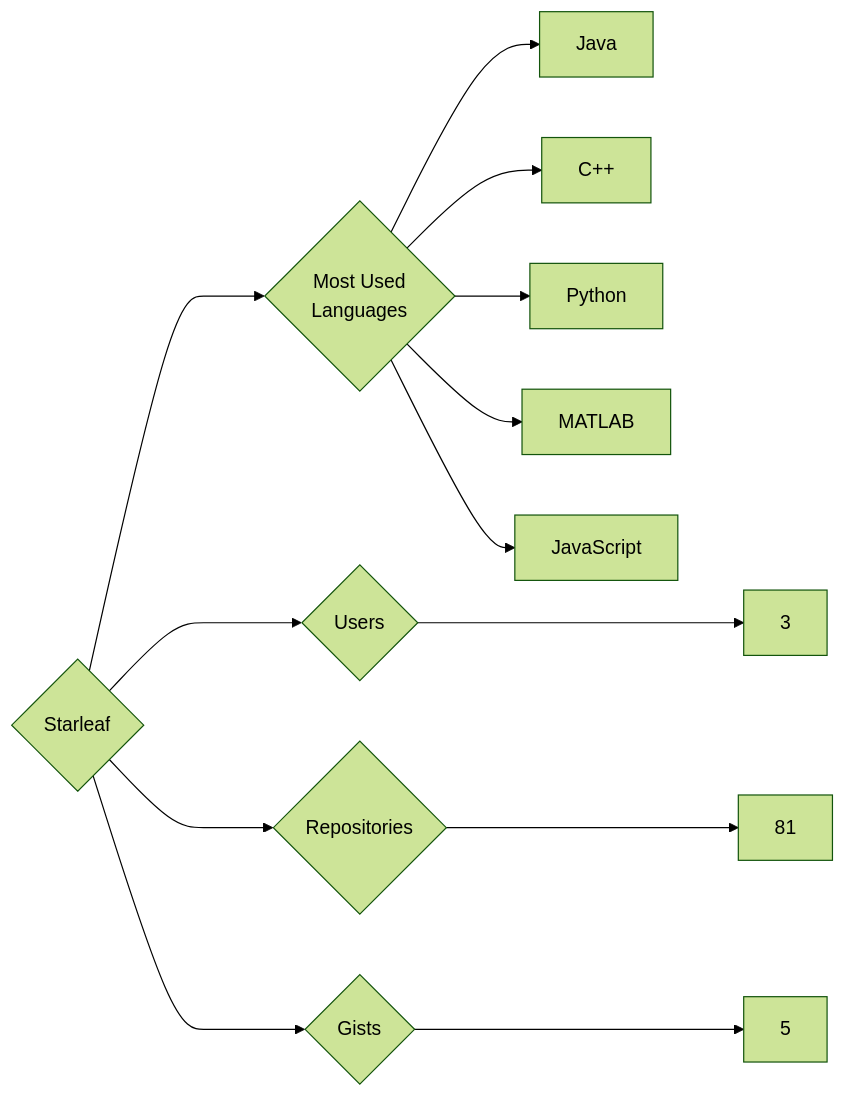
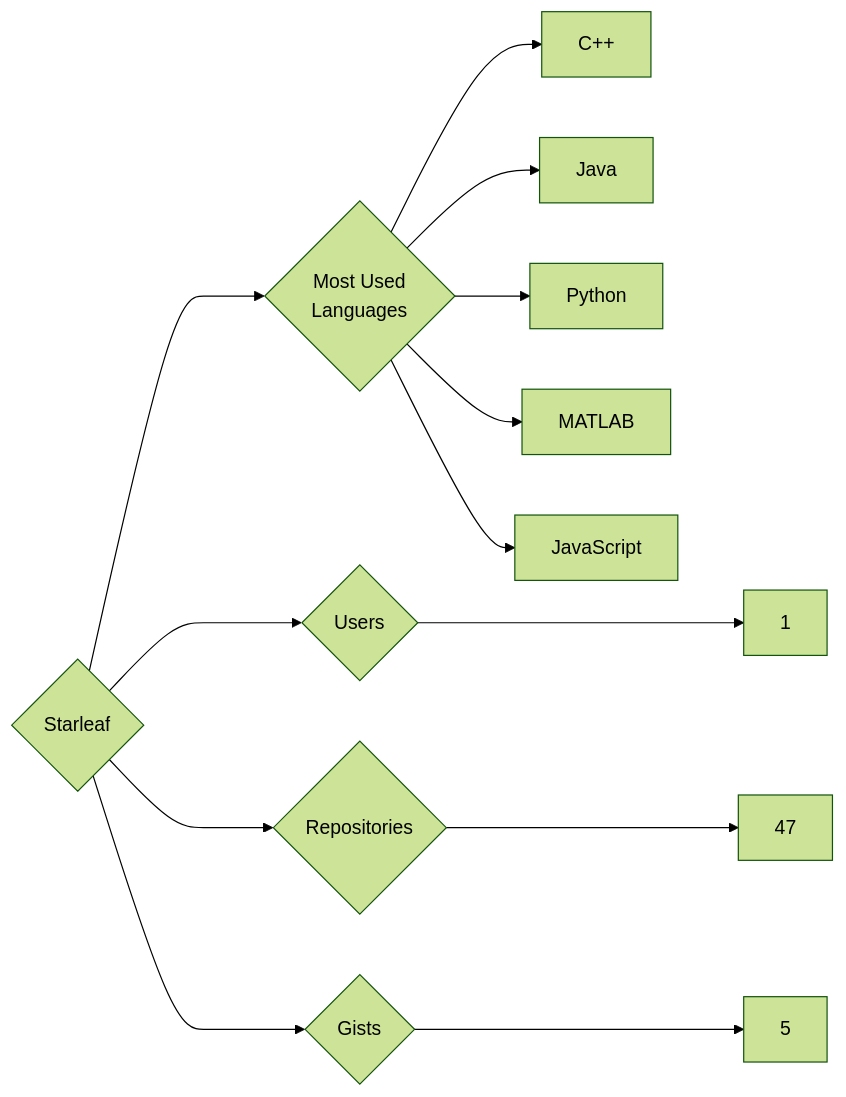
The diagram in targets/Starleaf/README.md (trickest/insiders), drawn with Mermaid (forest theme) before and after one commit. The commit also changed 898 other files, not shown here.

````diff
--- a/targets/Starleaf/README.md
+++ b/targets/Starleaf/README.md
@@ -3,13 +3,13 @@
 ```mermaid
 graph LR
 COMPANY_NAME{Starleaf}
-COMPANY_NAME ---> U{Users} ---> UN[3]
-COMPANY_NAME ---> R{Repositories} ---> RN[81]
+COMPANY_NAME ---> U{Users} ---> UN[1]
+COMPANY_NAME ---> R{Repositories} ---> RN[47]
 COMPANY_NAME ---> G{Gists} ---> GN[5]
 COMPANY_NAME ---> ML{Most Used<br>Languages}
+ML --> C++[C++]
 ML --> Java[Java]
-ML --> C++[C++]
 ML --> Python[Python]
 ML --> MATLAB[MATLAB]
 ML --> JavaScript[JavaScript]
 ```
````
